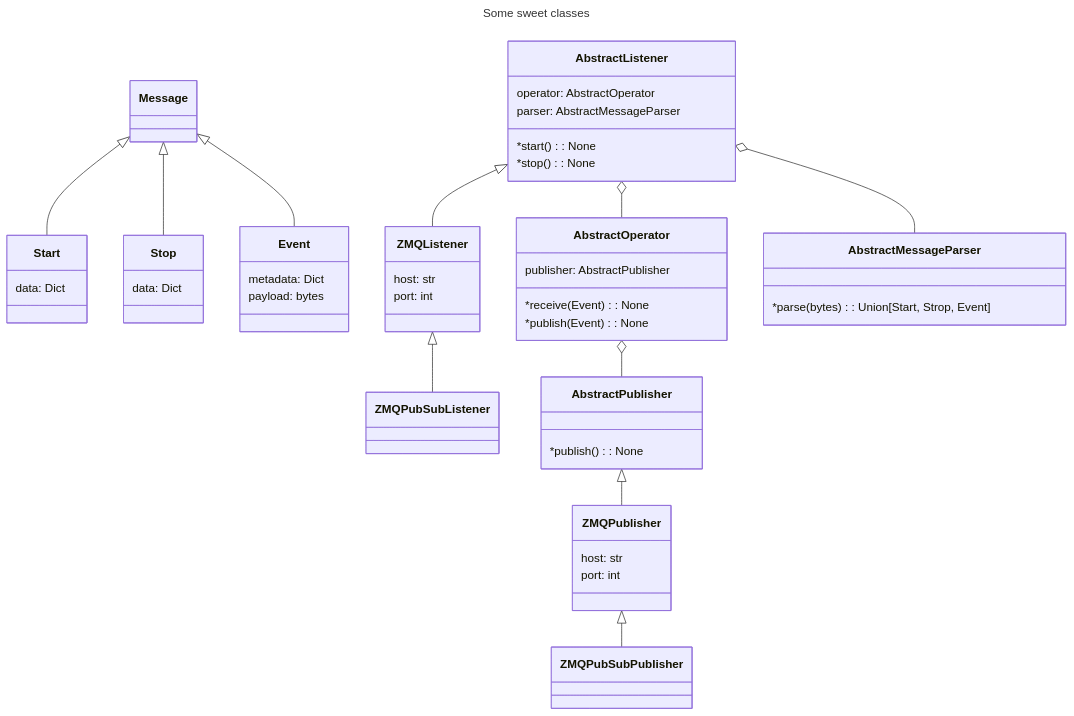
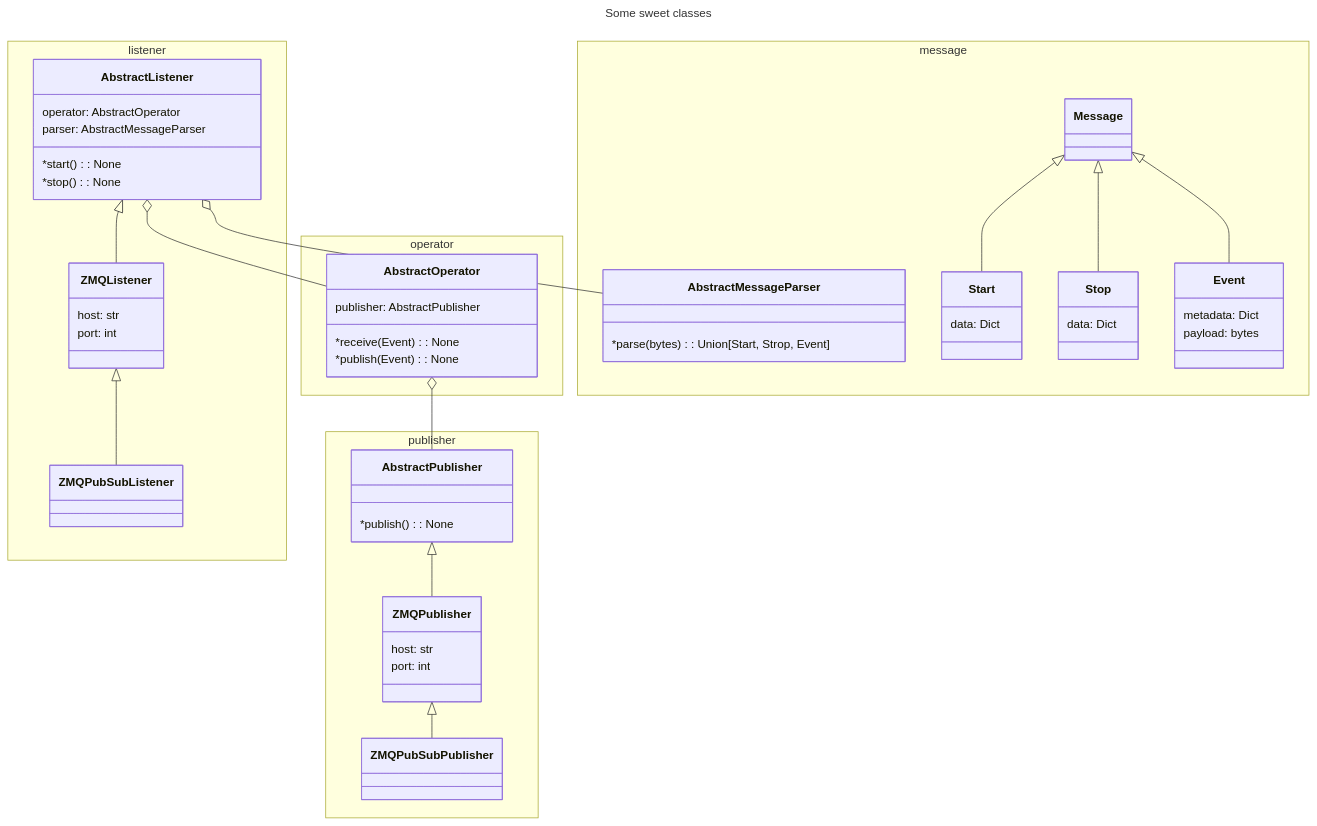
Before and after one commit to als-computing/arroyopy: the first of 2 diagrams in README.md, drawn with Mermaid. The commit also changed 1 other file, not shown here.

Commit message:
add namespaces to class diagram

```diff
--- a/README.md
+++ b/README.md
@@ -21,64 +21,74 @@
 ---
 
 classDiagram
+    namespace listener{
 
-    class AbstractListener{
-        operator: AbstractOperator
-        parser: AbstractMessageParser
-        *start(): None  
-        *stop(): None
+        class AbstractListener{
+            operator: AbstractOperator
+            parser: AbstractMessageParser
+            *start(): None  
+            *stop(): None
+        }
+
+        class ZMQListener{
+            host: str
+            port: int
+        }
+
+        class ZMQPubSubListener{
+
+        }
     }
 
+    namespace operator{
+        class AbstractOperator{
+            publisher: AbstractPublisher
+            *receive(Event): None
+            *publish(Event): None
 
-    class AbstractOperator{
-        publisher: AbstractPublisher
-        *receive(Event): None
-        *publish(Event): None
-
+        }
     }
 
-    class AbstractPublisher{
-        *publish(): None
+    namespace publisher{
+        class AbstractPublisher{
+            *publish(): None
+        }
+        class ZMQPublisher{
+            host: str
+            port: int
+        }
+
+        class ZMQPubSubPublisher{
+
+        }
     }
 
-    class Message{
+    namespace message{
+        
+        class AbstractMessageParser{
+            *parse(bytes): Union[Start, Strop, Event]
+        }
+        
+        class Message{
 
+        }
+
+        class Start{
+            data: Dict
+        }
+    
+        class Stop{
+            data: Dict
+        }
+
+        class Event{
+            metadata: Dict
+            payload: bytes
+        }
     }
+ 
 
-   class ZMQPublisher{
-        host: str
-        port: int
-    }
-
-    class ZMQPubSubPublisher{
-
-    }
-
-    class Start{
-        data: Dict
-    }
-   
-    class Stop{
-        data: Dict
-    }
-
-    class Event{
-        metadata: Dict
-        payload: bytes
-    }
-
-    class ZMQListener{
-        host: str
-        port: int
-    }
-
-    class ZMQPubSubListener{
-
-    }
-
-    class AbstractMessageParser{
-        *parse(bytes): Union[Start, Strop, Event]
-    }
+ 
 
     AbstractListener <|-- ZMQListener
     ZMQListener <|-- ZMQPubSubListener
```
